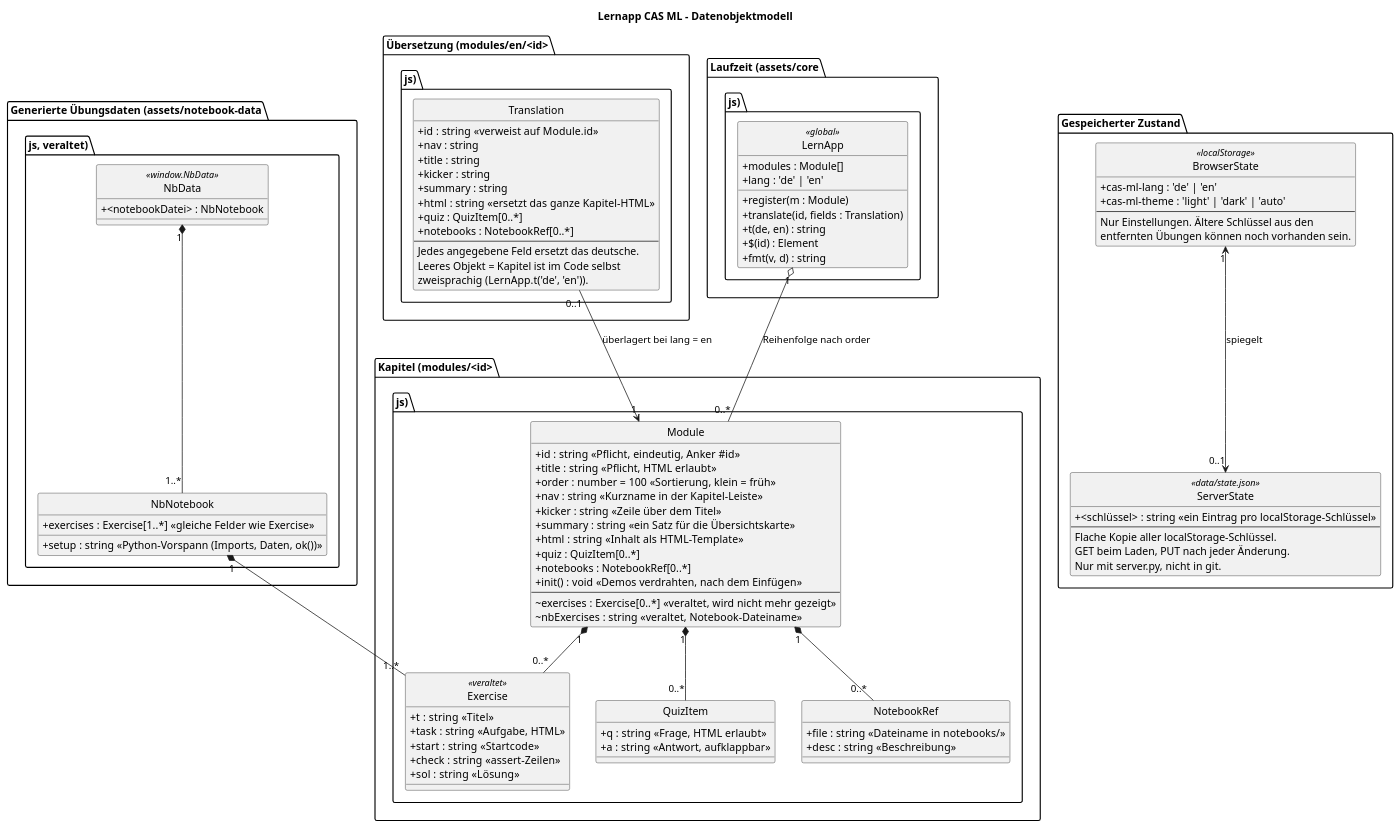
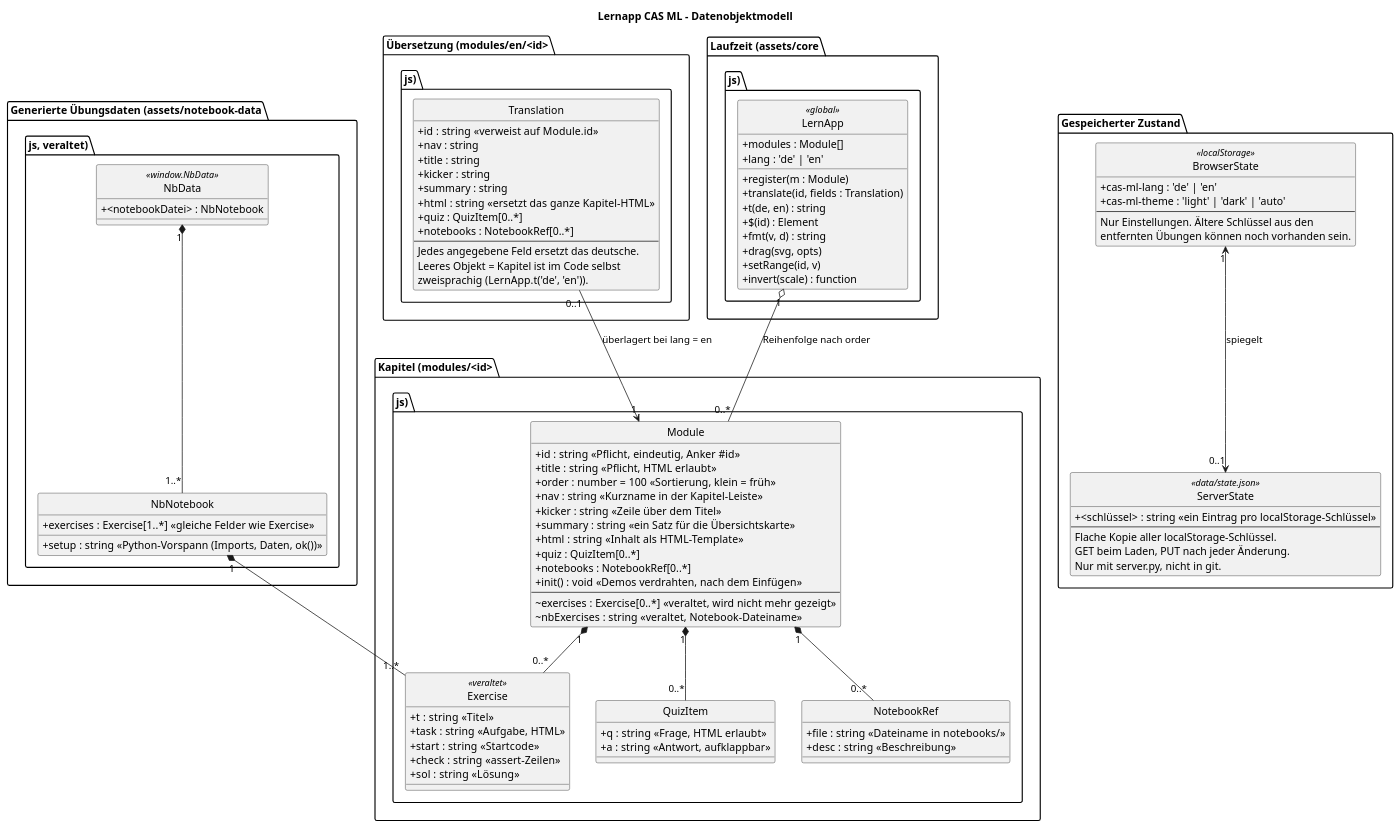
Before and after one commit to rotscher-baumi/lernapp-cas-ml: the diagram in docs/data-object-model.puml, drawn with PlantUML. The commit also changed 15 other files, not shown here.

First line of the commit message:
Demos: Werte direkt im Plot ziehen (LernApp.drag, setRange)

```diff
--- a/docs/data-object-model.puml
+++ b/docs/data-object-model.puml
@@ -1,111 +1,114 @@
 @startuml data-object-model
 ' Datenobjektmodell der Lernapp: was ein Kapitel, eine Übersetzung und der
 ' gespeicherte Zustand enthalten. Stand 2026-11-01.
 title Lernapp CAS ML – Datenobjektmodell
 
 skinparam classAttributeIconSize 0
 hide circle
 
 package "Kapitel (modules/<id>.js)" {
   class Module {
     +id : string  <<Pflicht, eindeutig, Anker #id>>
     +title : string  <<Pflicht, HTML erlaubt>>
     +order : number = 100  <<Sortierung, klein = früh>>
     +nav : string  <<Kurzname in der Kapitel-Leiste>>
     +kicker : string  <<Zeile über dem Titel>>
     +summary : string  <<ein Satz für die Übersichtskarte>>
     +html : string  <<Inhalt als HTML-Template>>
     +quiz : QuizItem[0..*]
     +notebooks : NotebookRef[0..*]
     +init() : void  <<Demos verdrahten, nach dem Einfügen>>
     --
     ~exercises : Exercise[0..*]  <<veraltet, wird nicht mehr gezeigt>>
     ~nbExercises : string  <<veraltet, Notebook-Dateiname>>
   }
 
   class QuizItem {
     +q : string  <<Frage, HTML erlaubt>>
     +a : string  <<Antwort, aufklappbar>>
   }
 
   class NotebookRef {
     +file : string  <<Dateiname in notebooks/>>
     +desc : string  <<Beschreibung>>
   }
 
   class Exercise <<veraltet>> {
     +t : string  <<Titel>>
     +task : string  <<Aufgabe, HTML>>
     +start : string  <<Startcode>>
     +check : string  <<assert-Zeilen>>
     +sol : string  <<Lösung>>
   }
 
   Module "1" *-- "0..*" QuizItem
   Module "1" *-- "0..*" NotebookRef
   Module "1" *-- "0..*" Exercise
 }
 
 package "Übersetzung (modules/en/<id>.js)" {
   class Translation {
     +id : string  <<verweist auf Module.id>>
     +nav : string
     +title : string
     +kicker : string
     +summary : string
     +html : string  <<ersetzt das ganze Kapitel-HTML>>
     +quiz : QuizItem[0..*]
     +notebooks : NotebookRef[0..*]
     --
     Jedes angegebene Feld ersetzt das deutsche.
     Leeres Objekt = Kapitel ist im Code selbst
     zweisprachig (LernApp.t('de', 'en')).
   }
   Translation "0..1" --> "1" Module : überlagert bei lang = en
 }
 
 package "Laufzeit (assets/core.js)" {
   class LernApp <<global>> {
     +modules : Module[]
     +lang : 'de' | 'en'
     +register(m : Module)
     +translate(id, fields : Translation)
     +t(de, en) : string
     +$(id) : Element
     +fmt(v, d) : string
+    +drag(svg, opts)
+    +setRange(id, v)
+    +invert(scale) : function
   }
   LernApp "1" o-- "0..*" Module : Reihenfolge nach order
 }
 
 package "Gespeicherter Zustand" {
   class BrowserState <<localStorage>> {
     +cas-ml-lang : 'de' | 'en'
     +cas-ml-theme : 'light' | 'dark' | 'auto'
     --
     Nur Einstellungen. Ältere Schlüssel aus den
     entfernten Übungen können noch vorhanden sein.
   }
 
   class ServerState <<data/state.json>> {
     +<schlüssel> : string  <<ein Eintrag pro localStorage-Schlüssel>>
     --
     Flache Kopie aller localStorage-Schlüssel.
     GET beim Laden, PUT nach jeder Änderung.
     Nur mit server.py, nicht in git.
   }
   BrowserState "1" <--> "0..1" ServerState : spiegelt
 }
 
 package "Generierte Übungsdaten (assets/notebook-data.js, veraltet)" {
   class NbData <<window.NbData>> {
     +<notebookDatei> : NbNotebook
   }
   class NbNotebook {
     +setup : string  <<Python-Vorspann (Imports, Daten, ok())>>
     +exercises : Exercise[1..*]  <<gleiche Felder wie Exercise>>
   }
   NbData "1" *-- "1..*" NbNotebook
   NbNotebook "1" *-- "1..*" Exercise
 }
 
 @enduml
```
